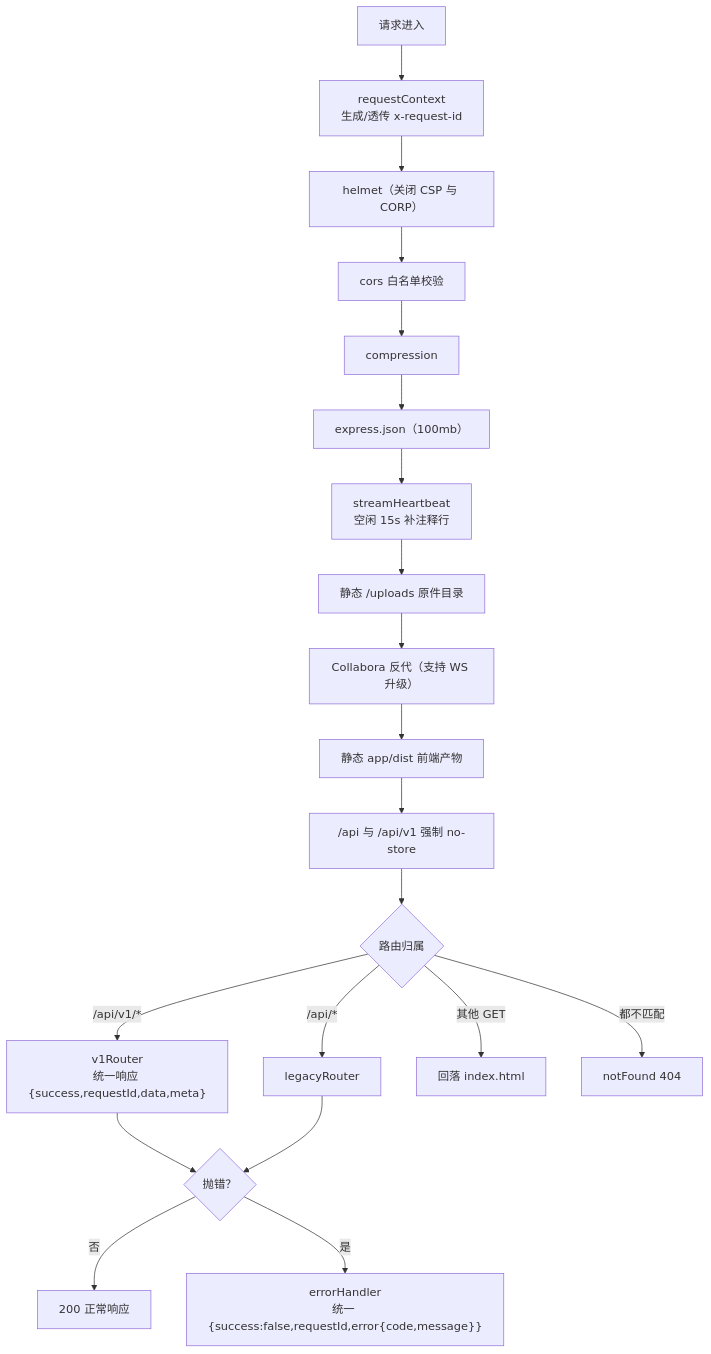
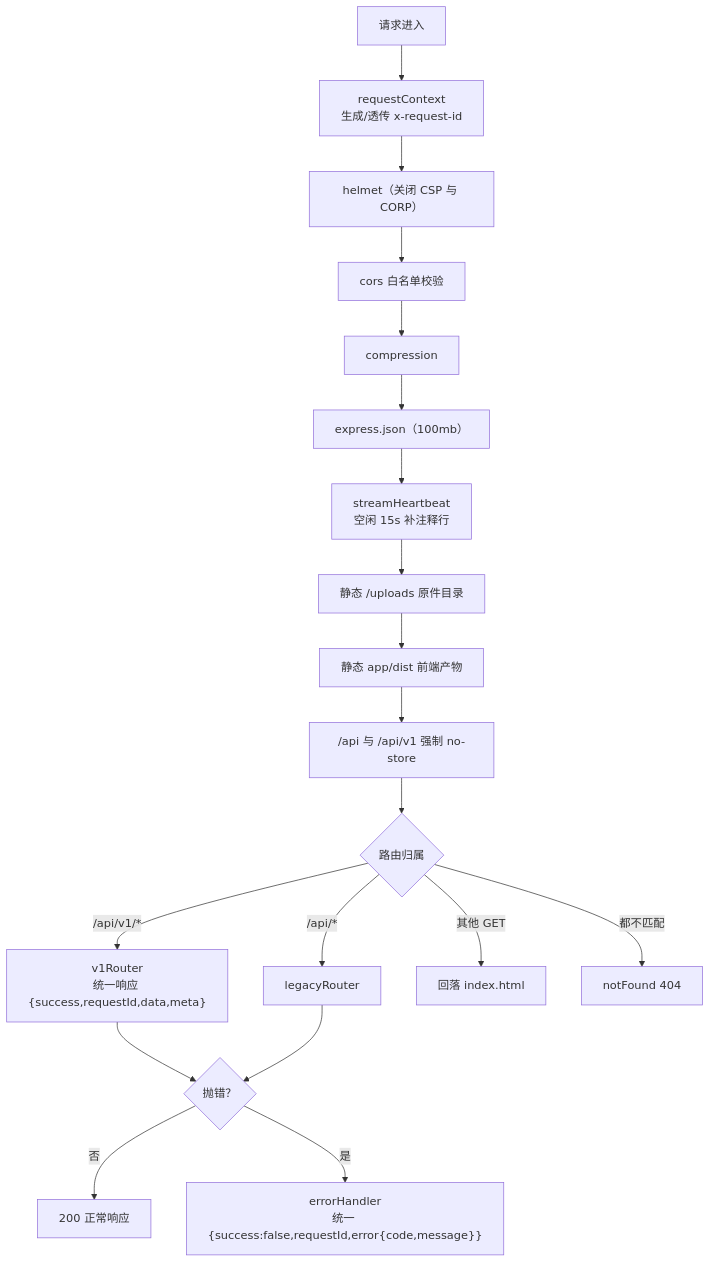
One commit to Hexuanfang/LawVerify changed the ninth of 15 diagrams in docs/system-architecture.md. Above: the diagram before and after it, drawn with Mermaid. The commit also changed other lines of this file and 20 other files, not shown here.

````diff
--- a/docs/system-architecture.md
+++ b/docs/system-architecture.md
@@ -340,22 +335,21 @@
 ```mermaid
 flowchart TB
   In["请求进入"] --> RC["requestContext<br/>生成/透传 x-request-id"]
   RC --> HL["helmet（关闭 CSP 与 CORP）"]
   HL --> CO["cors 白名单校验"]
   CO --> CP["compression"]
   CP --> JS["express.json（100mb）"]
   JS --> HB["streamHeartbeat<br/>空闲 15s 补注释行"]
   HB --> ST1["静态 /uploads 原件目录"]
-  ST1 --> CL["Collabora 反代（支持 WS 升级）"]
-  CL --> ST2["静态 app/dist 前端产物"]
+  ST1 --> ST2["静态 app/dist 前端产物"]
   ST2 --> NS["/api 与 /api/v1 强制 no-store"]
   NS --> Route{"路由归属"}
   Route -->|"/api/v1/*"| V1["v1Router<br/>统一响应 {success,requestId,data,meta}"]
   Route -->|"/api/*"| LG["legacyRouter"]
   Route -->|其他 GET| SPA["回落 index.html"]
   Route -->|都不匹配| NF["notFound 404"]
   V1 --> Err{"抛错？"}
   LG --> Err
   Err -->|否| OK["200 正常响应"]
   Err -->|是| EH["errorHandler<br/>统一 {success:false,requestId,error{code,message}}"]
 ```
````
